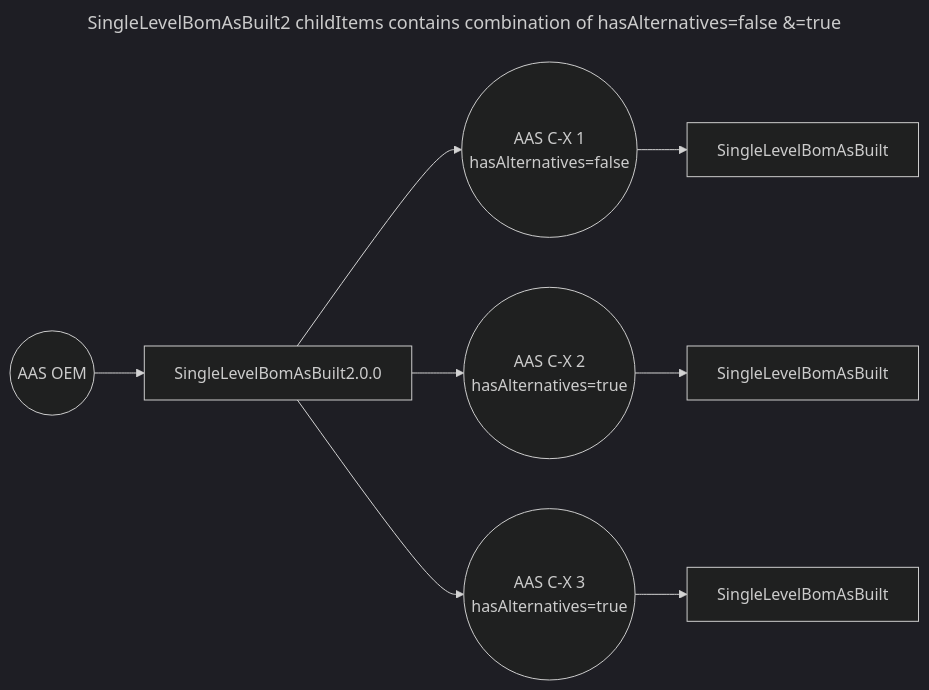
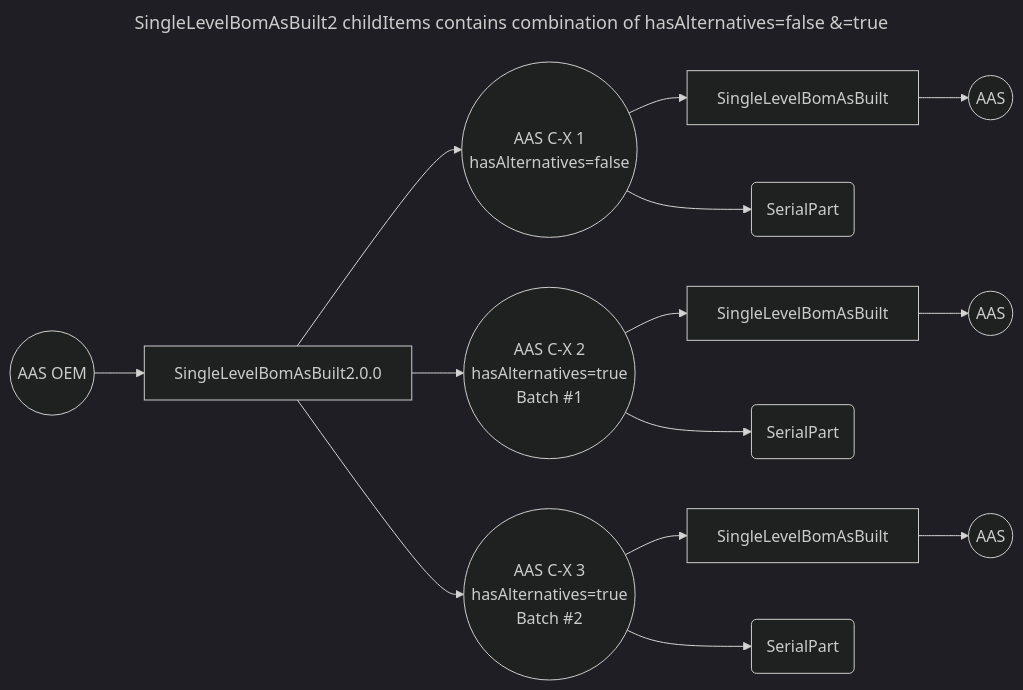
The third of 3 diagrams in docs/concept/#212-Update-of-aspect-model-SingleLevelBomAsBuilt-2_0_0/#212-Update-SingleLevelBomAsBuilt-2-0-0.md (eclipse-tractusx/item-relationship-service), drawn with Mermaid before and after one commit. The commit also changed other lines of this file, not shown here.

`````diff
--- a/docs/concept/#212-Update-of-aspect-model-SingleLevelBomAsBuilt-2_0_0/#212-Update-SingleLevelBomAsBuilt-2-0-0.md
+++ b/docs/concept/#212-Update-of-aspect-model-SingleLevelBomAsBuilt-2_0_0/#212-Update-SingleLevelBomAsBuilt-2-0-0.md
@@ -145,28 +191,40 @@
 ````mermaid
 ---
 title:  SingleLevelBomAsBuilt2 childItems contains combination of hasAlternatives=false &=true  
 ---
 %%{init: { 'fontFamily': 'Architects daughter', 'theme': 'dark' , 'curve' : 'linear'} }%%
 flowchart LR
     
     s1((AAS C-X 1
     hasAlternatives=false))
     s2((AAS C-X 2
-    hasAlternatives=true))
+    hasAlternatives=true
+Batch #1))
     s3((AAS C-X 3
-    hasAlternatives=true))
+    hasAlternatives=true 
+    Batch #2))
     SingleLevelBomAsBuilt[SingleLevelBomAsBuilt2.0.0]
     
     
 aas((AAS OEM)) --> 
 SingleLevelBomAsBuilt --> s1
 SingleLevelBomAsBuilt --> s2
 SingleLevelBomAsBuilt --> s3
 s1 --> SingleLevelBomAsBuilt3[SingleLevelBomAsBuilt]
 s2 --> SingleLevelBomAsBuilt4[SingleLevelBomAsBuilt]
 s3 --> SingleLevelBomAsBuilt5[SingleLevelBomAsBuilt]
 
+s1 --> SerialPart3(SerialPart)
+s2 --> SerialPart4(SerialPart)
+s3 --> SerialPart5(SerialPart)
+
+SingleLevelBomAsBuilt3 --> AAS5((AAS))
+SingleLevelBomAsBuilt4 --> AAS6((AAS))
+SingleLevelBomAsBuilt5 --> AAS7((AAS))
+
+
+
 
 
 
 ````
`````
